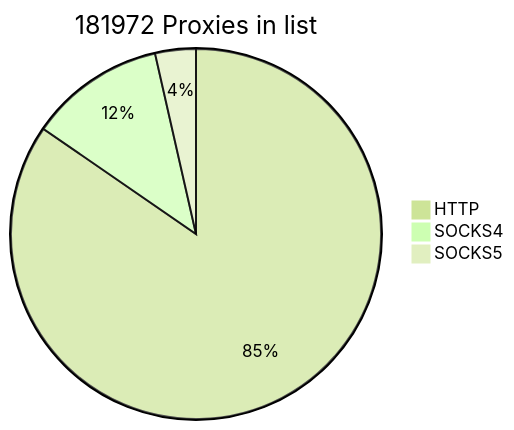
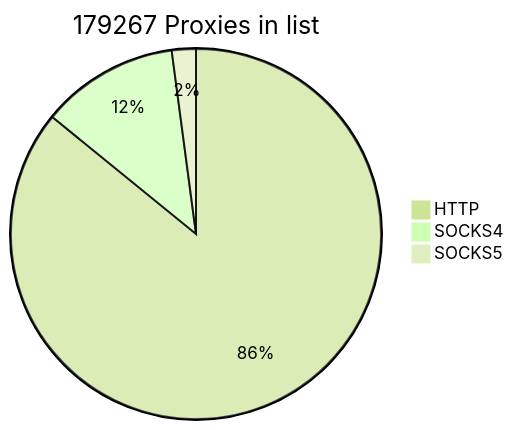
The first of 2 diagrams in README.md (cutipu/proxylist), drawn with Mermaid (forest theme) before and after one commit. The commit also changed other lines of this file, not shown here.

````diff
--- a/README.md
+++ b/README.md
@@ -2,7 +2,7 @@
 ```mermaid
-pie title 181972 Proxies in list
+pie title 179267 Proxies in list
     "HTTP" : 153949
-    "SOCKS4" : 21554
-    "SOCKS5" : 6469
+    "SOCKS4" : 21552
+    "SOCKS5" : 3766
             
 ```
````
